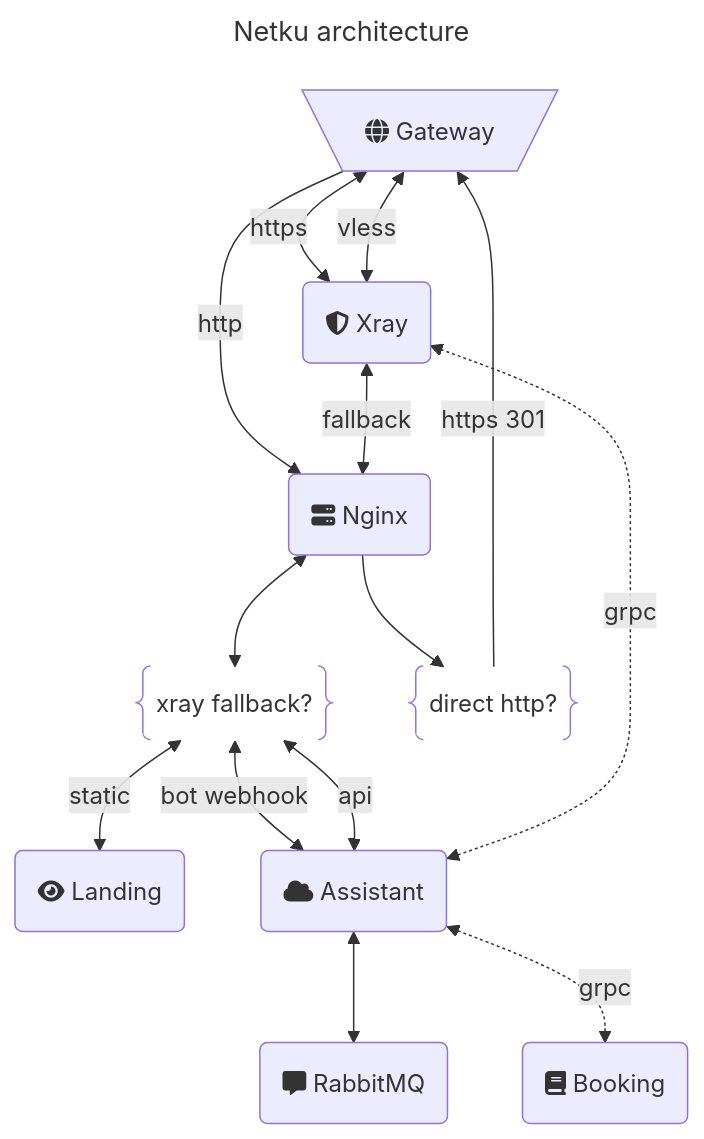
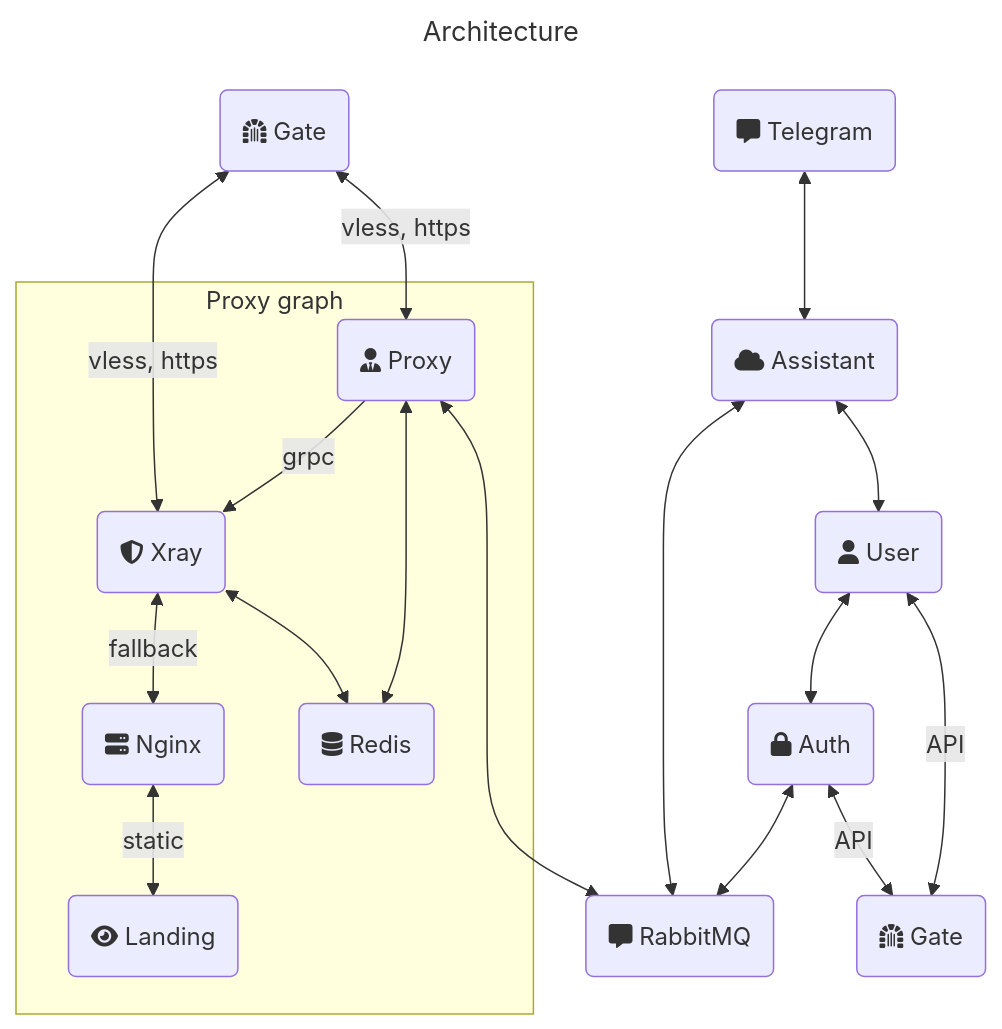
Before and after one commit to infanasotku/netku: the diagram in README.md, drawn with Mermaid. The commit also changed other lines of this file, not shown here.

Commit message:
Changed readme with new architicture

````diff
--- a/README.md
+++ b/README.md
@@ -20,44 +8,36 @@
 ```mermaid
 ---
-title: Netku architecture
+title: Architecture
 ---
 flowchart TD
-    G@{shape: trap-t, label: "fa:fa-globe Gateway"}
+    G(fa:fa-dungeon Gate)
+    T(fa:fa-message Telegram)
 
+    subgraph Proxy [Proxy graph]
+      X(fa:fa-shield-halved Xray)
+      P(fa:fa-user-tie Proxy)
+      XN(fa:fa-server Nginx)
+      L(fa:fa-eye Landing)
+      Re(fa:fa-database Redis)
+    end
+    G <--> |vless, https| P & X
+    P --> |grpc| X
+    X <--> |fallback| XN
+    XN <--> |static| L
 
-    N(fa:fa-server Nginx)
-    X(fa:fa-shield-halved Xray)
+    Ra(fa:fa-message RabbitMQ)
 
-    NFallback@{ shape: braces, label: "xray fallback?"}
-    Nhttp@{ shape: braces, label: "direct http?"}
+    X <--> Re
+    P <--> Re
+    P <----> Ra
 
+    As(fa:fa-cloud Assistant)
+    U(fa:fa-user User)
+    Au(fa:fa-lock Auth)
+    G1(fa:fa-dungeon Gate)
 
-    L(fa:fa-eye Landing)
-    A(fa:fa-cloud Assistant)
-    B(fa:fa-book Booking)
-    R(fa:fa-message RabbitMQ)
-
-    G <-->|https| X
-    G <--> |vless| X
-
-    G -->|http| N
-    X <--> |fallback| N
-
-
-    N --> Nhttp
-    N <--> NFallback
-
-    Nhttp --> |https 301| G
-
-    NFallback <--> |static| L
-    NFallback <--> |bot webhook| A
-    NFallback <--> |api| A
-
-    A <--> R
-
-    A <-.-> |grpc|X
-    A <-.-> |grpc|B
-
-
+    T <--> As <--> U & Ra
+    U <--> Au <--> Ra
+    Au & U <--> |API| G1
 
 ```
````
